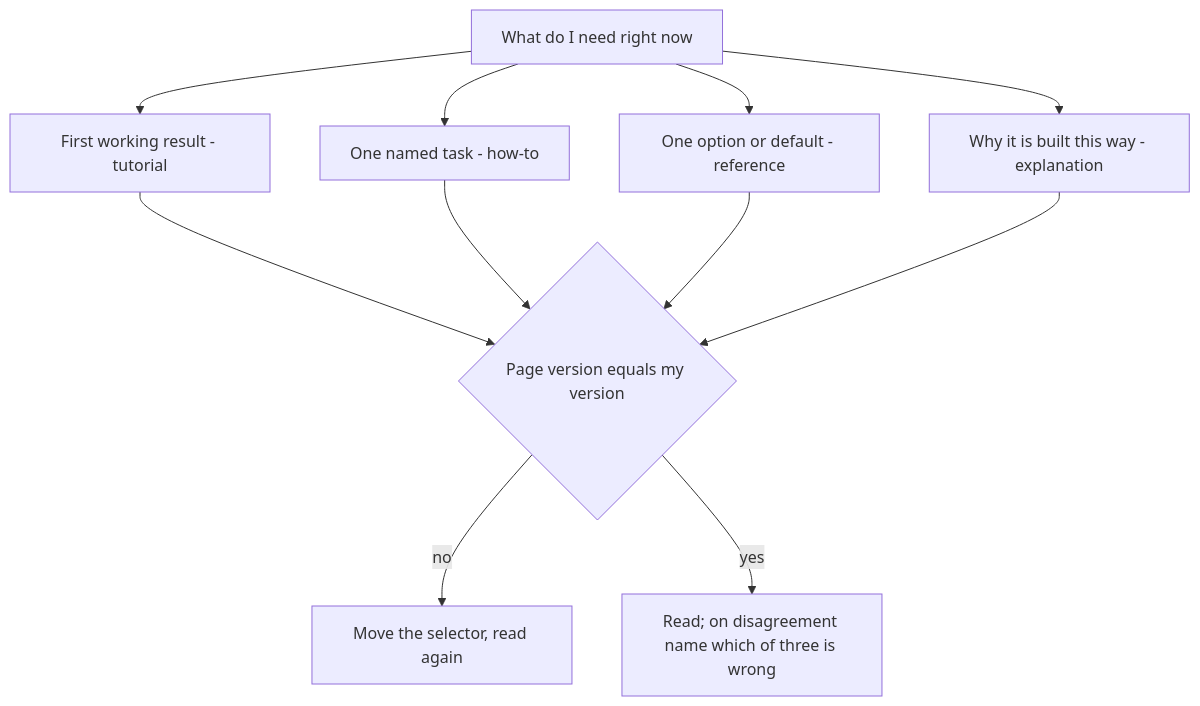
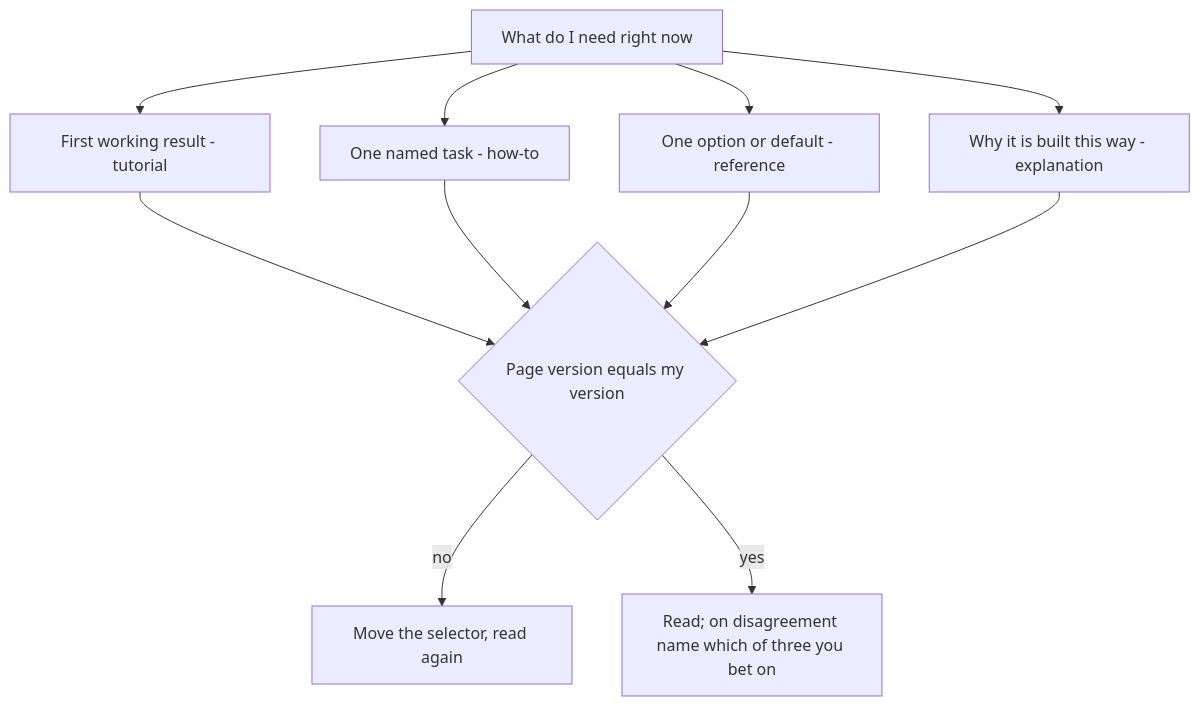
One commit to duyan11110/lo-trinh-architect changed the diagram in content/tracks/foundation/craft/foundation.l2.reading-docs.en.md. Above: the diagram before and after it, drawn with Mermaid. The commit also changed other lines of this file and 314 other files, not shown here.

````diff
--- a/content/tracks/foundation/craft/foundation.l2.reading-docs.en.md
+++ b/content/tracks/foundation/craft/foundation.l2.reading-docs.en.md
@@ -42,13 +42,13 @@
 ```mermaid
 flowchart TD
   Q["What do I need right now"] --> T["First working result - tutorial"]
   Q --> H["One named task - how-to"]
   Q --> R["One option or default - reference"]
   Q --> E["Why it is built this way - explanation"]
   T --> V{"Page version equals my version"}
   H --> V
   R --> V
   E --> V
   V -->|no| S["Move the selector, read again"]
-  V -->|yes| C["Read; on disagreement name which of three is wrong"]
+  V -->|yes| C["Read; on disagreement name which of three you bet on"]
 ```
````
